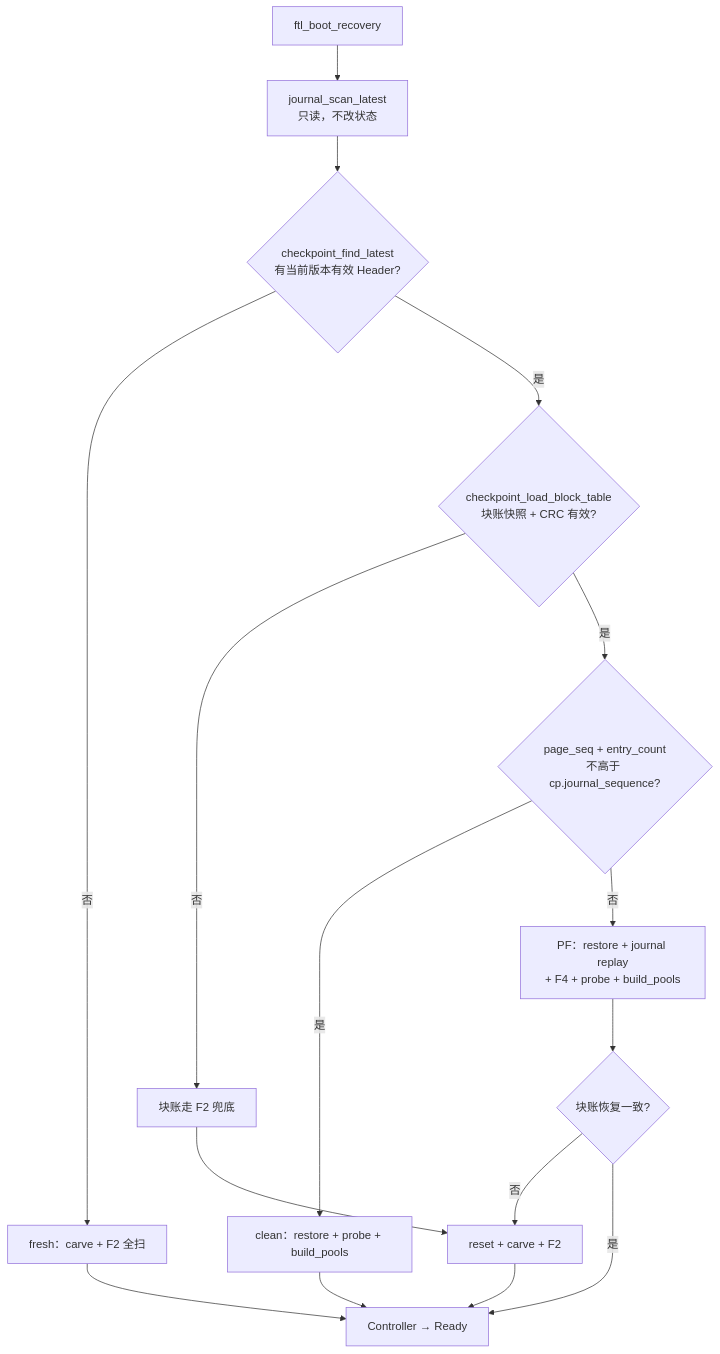
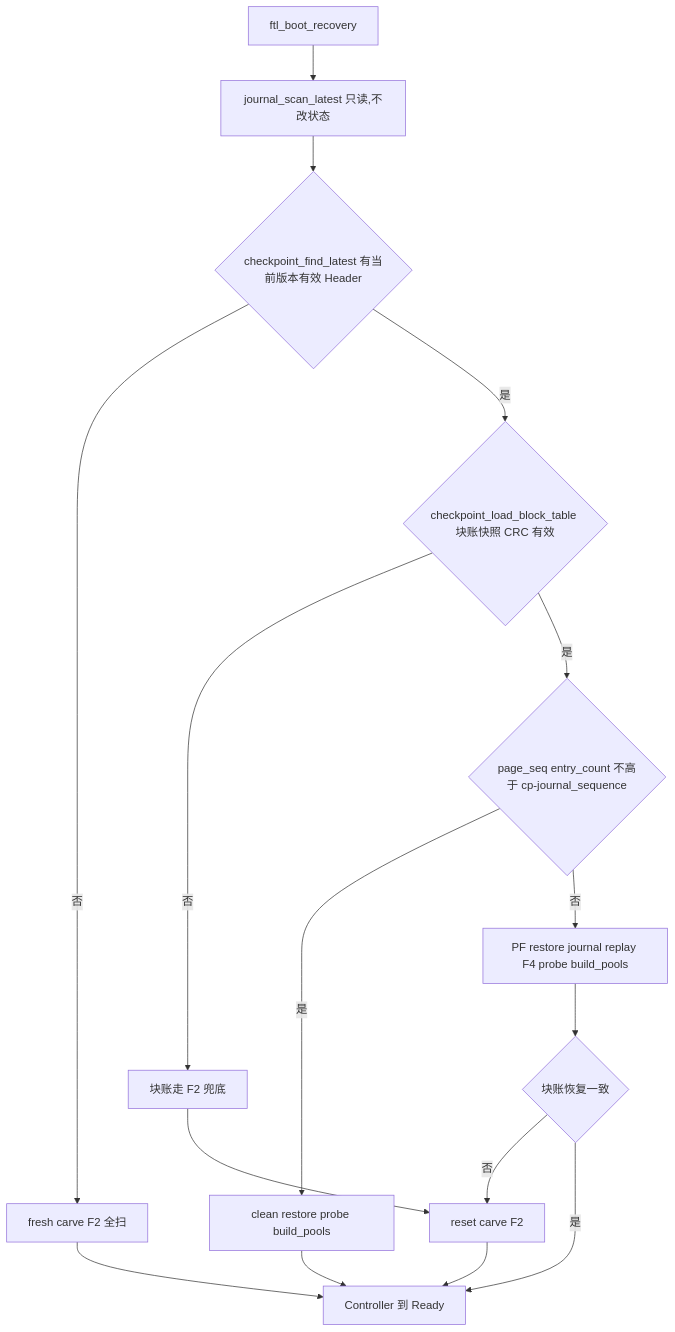
The second of 28 diagrams in docs/design/ftl_design.md (YzYMIAO/BASESSD), drawn with Mermaid before and after one commit. The commit also changed other lines of this file, not shown here.

First line of the commit message:
docs(ftl): 将 stateDiagram 全部改为 flowchart 并收敛标签字符集

````diff
--- a/docs/design/ftl_design.md
+++ b/docs/design/ftl_design.md
@@ -577,18 +577,18 @@
 ```mermaid
 flowchart TD
-    BOOT["ftl_boot_recovery"] --> LATEST["journal_scan_latest<br/>只读，不改状态"]
-    LATEST --> FIND{"checkpoint_find_latest<br/>有当前版本有效 Header?"}
-    FIND -- "否" --> FRESH["fresh：carve + F2 全扫"]
-    FIND -- "是" --> LOAD{"checkpoint_load_block_table<br/>块账快照 + CRC 有效?"}
+    BOOT["ftl_boot_recovery"] --> LATEST["journal_scan_latest 只读,不改状态"]
+    LATEST --> FIND{"checkpoint_find_latest 有当前版本有效 Header"}
+    FIND -- "否" --> FRESH["fresh carve F2 全扫"]
+    FIND -- "是" --> LOAD{"checkpoint_load_block_table 块账快照 CRC 有效"}
     LOAD -- "否" --> PFALL["块账走 F2 兜底"]
-    LOAD -- "是" --> JUDGE{"page_seq + entry_count<br/>不高于 cp.journal_sequence?"}
-    JUDGE -- "是" --> CLEAN["clean：restore + probe + build_pools"]
-    JUDGE -- "否" --> PF["PF：restore + journal replay<br/>+ F4 + probe + build_pools"]
-    PFALL --> F2["reset + carve + F2"]
-    PF --> PFOk{"块账恢复一致?"}
+    LOAD -- "是" --> JUDGE{"page_seq entry_count 不高于 cp-journal_sequence"}
+    JUDGE -- "是" --> CLEAN["clean restore probe build_pools"]
+    JUDGE -- "否" --> PF["PF restore journal replay F4 probe build_pools"]
+    PFALL --> F2["reset carve F2"]
+    PF --> PFOk{"块账恢复一致"}
     PFOk -- "否" --> F2
-    PFOk -- "是" --> READY["Controller → Ready"]
+    PFOk -- "是" --> READY["Controller 到 Ready"]
     CLEAN --> READY
     FRESH --> READY
     F2 --> READY
 ```
````
